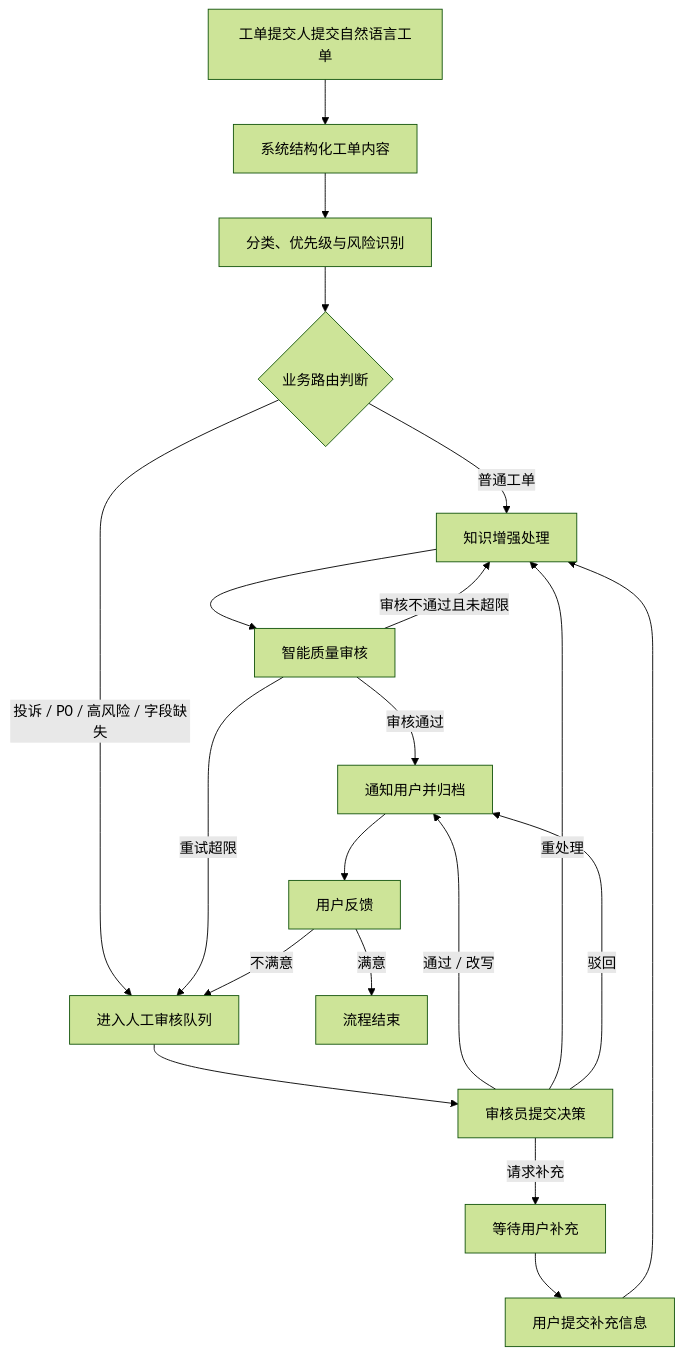
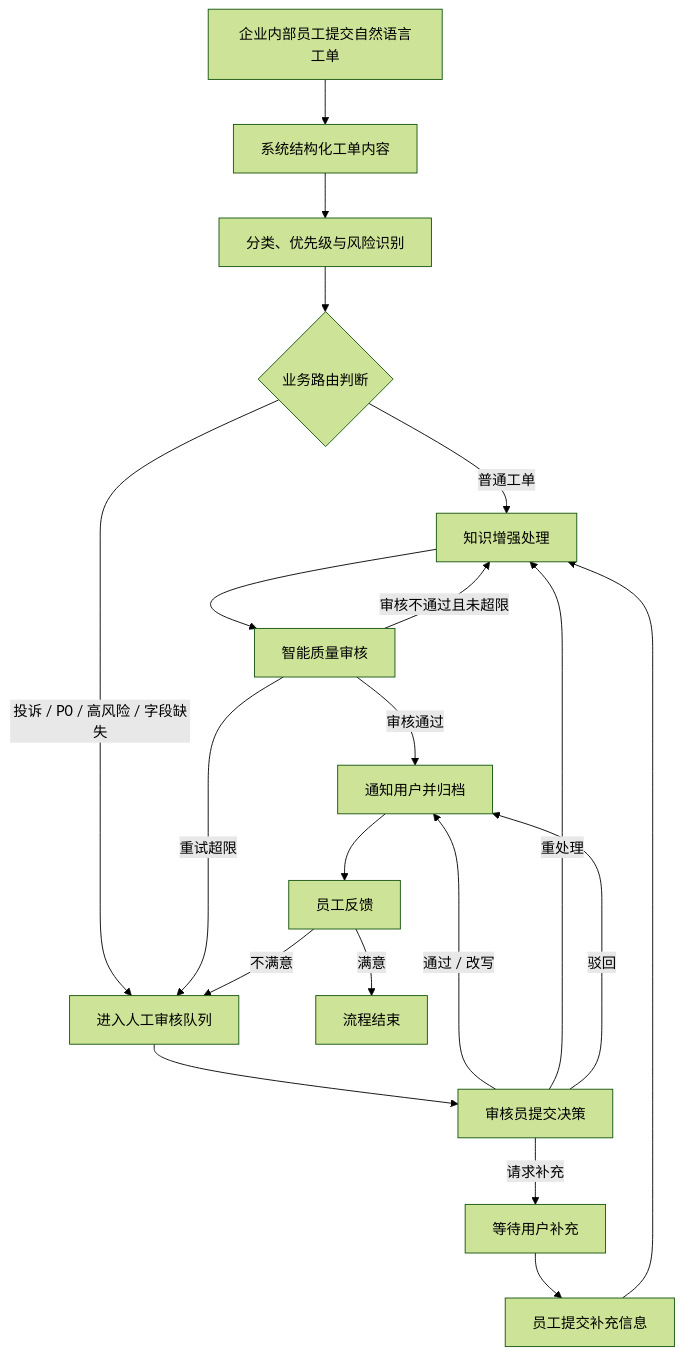
The first of 3 diagrams in docs/design-spec/00_预设计/04_业务架构梳理.md (ArtLjn/ai-agent-learning), drawn with Mermaid (forest theme) before and after one commit. The commit also changed other lines of this file and 39 other files, not shown here.

````diff
--- a/docs/design-spec/00_预设计/04_业务架构梳理.md
+++ b/docs/design-spec/00_预设计/04_业务架构梳理.md
@@ -57,22 +56,22 @@
 ```mermaid
 flowchart TB
-    A[工单提交人提交自然语言工单] --> B[系统结构化工单内容]
+    A[企业内部员工提交自然语言工单] --> B[系统结构化工单内容]
     B --> C[分类、优先级与风险识别]
     C --> D{业务路由判断}
     D -->|普通工单| E[知识增强处理]
     D -->|投诉 / P0 / 高风险 / 字段缺失| H[进入人工审核队列]
     E --> F[智能质量审核]
     F -->|审核通过| G[通知用户并归档]
     F -->|审核不通过且未超限| E
     F -->|重试超限| H
     H --> I[审核员提交决策]
     I -->|通过 / 改写| G
     I -->|重处理| E
     I -->|请求补充| J[等待用户补充]
-    J --> K[用户提交补充信息]
+    J --> K[员工提交补充信息]
     K --> E
     I -->|驳回| G
-    G --> L[用户反馈]
+    G --> L[员工反馈]
     L -->|满意| M[流程结束]
     L -->|不满意| H
 ```
````
